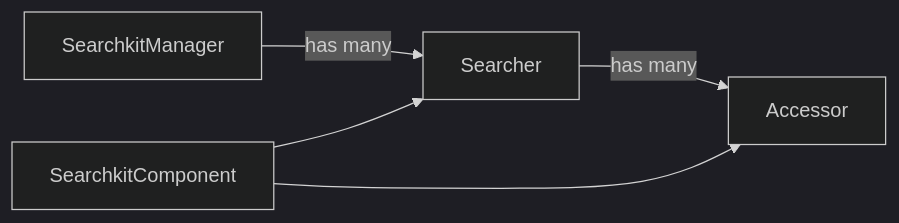
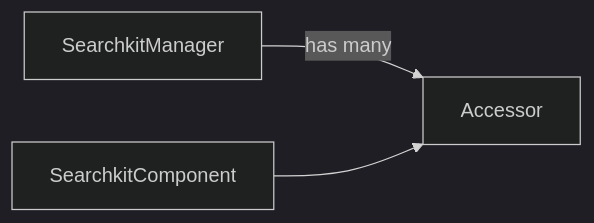
One commit to searchkit/searchkit changed the diagram in docs/core/Architecture.md. Above: the diagram before and after it, drawn with Mermaid (dark theme). The commit also changed other lines of this file and 119 other files, not shown here.

````diff
--- a/docs/core/Architecture.md
+++ b/docs/core/Architecture.md
@@ -17,7 +15,5 @@
 ```mermaid
 graph LR
-  SearchkitManager-->|has many|Searcher
-  Searcher-->|has many|Accessor  
+  SearchkitManager-->|has many|Accessor
   SearchkitComponent-->Accessor
-  SearchkitComponent-->Searcher
 ```
````
